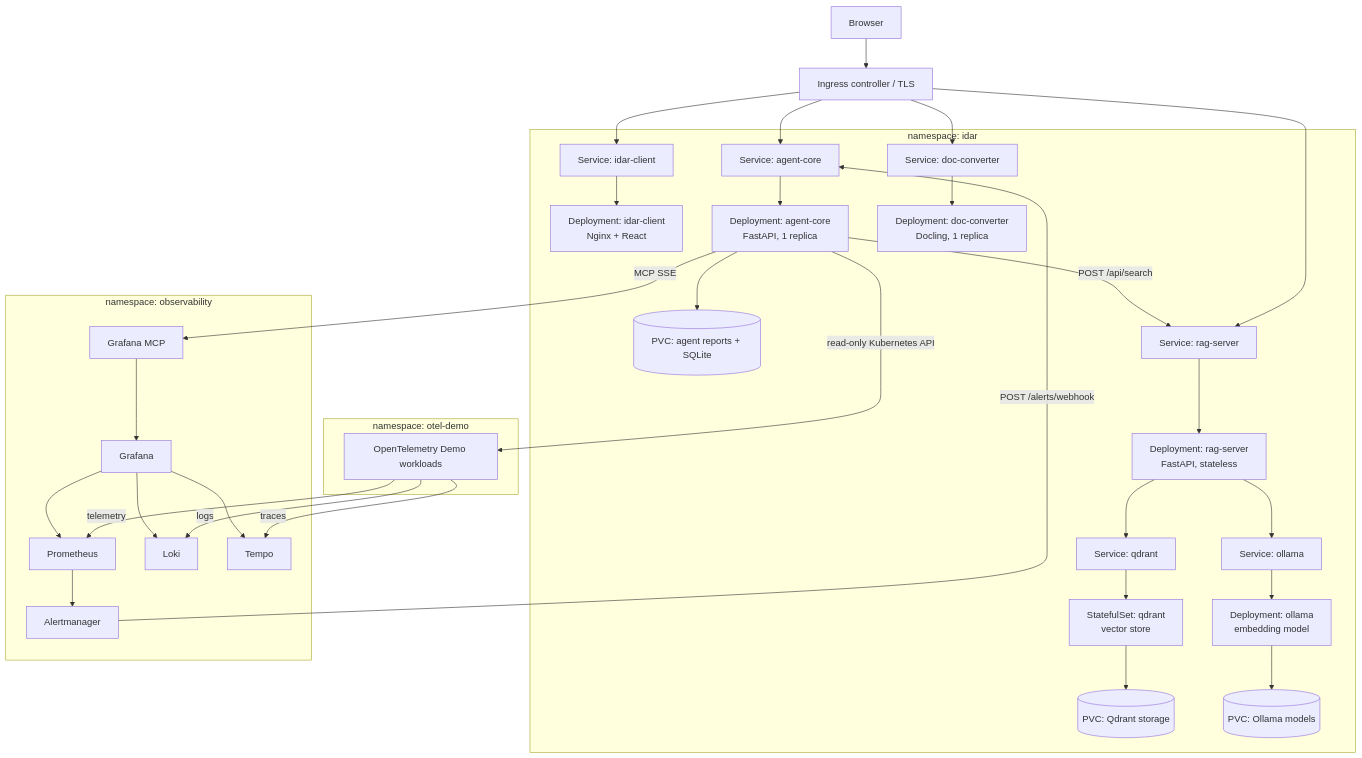
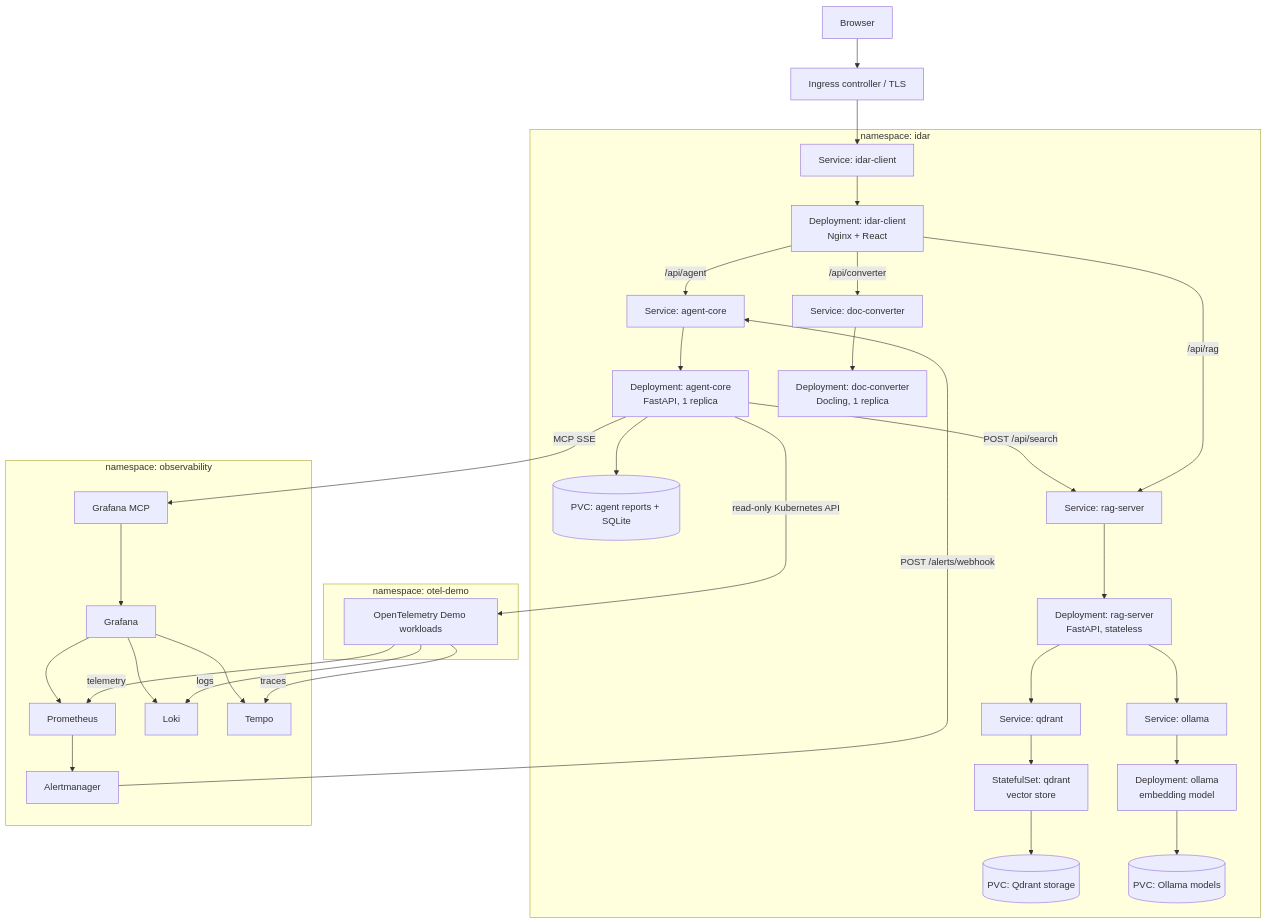
Before and after one commit to SzymonTyburczy/Agent-Based-System-for-Supporting-Incident-Diagnosis-in-Cloud-Native-Infrastructures: the diagram in docs/CLUSTER.md, drawn with Mermaid. The commit also changed other lines of this file and 13 other files, not shown here.

First line of the commit message:
feat(helm): helm test, CI checks and documentation for the chart

````diff
--- a/docs/CLUSTER.md
+++ b/docs/CLUSTER.md
@@ -10,66 +14,66 @@
 ```mermaid
 flowchart TB
     User[Browser]
     Ingress[Ingress controller / TLS]
 
     subgraph Idar[namespace: idar]
         Client[Deployment: idar-client<br/>Nginx + React]
         Agent[Deployment: agent-core<br/>FastAPI, 1 replica]
         Converter[Deployment: doc-converter<br/>Docling, 1 replica]
         ClientSvc[Service: idar-client]
         AgentSvc[Service: agent-core]
         ConverterSvc[Service: doc-converter]
         Reports[(PVC: agent reports + SQLite)]
         RAG[Deployment: rag-server<br/>FastAPI, stateless]
         Qdrant[StatefulSet: qdrant<br/>vector store]
         Ollama[Deployment: ollama<br/>embedding model]
         RAGSvc[Service: rag-server]
         QdrantSvc[Service: qdrant]
         OllamaSvc[Service: ollama]
         Vectors[(PVC: Qdrant storage)]
         Models[(PVC: Ollama models)]
 
         ClientSvc --> Client
         AgentSvc --> Agent
         ConverterSvc --> Converter
         Agent --> Reports
         RAGSvc --> RAG
         QdrantSvc --> Qdrant
         OllamaSvc --> Ollama
         RAG --> QdrantSvc
         RAG --> OllamaSvc
         Qdrant --> Vectors
         Ollama --> Models
         Agent -->|POST /api/search| RAGSvc
     end
 
     subgraph Observability[namespace: observability]
         MCP[Grafana MCP]
         Grafana[Grafana]
         Prometheus[Prometheus]
         Alertmanager[Alertmanager]
         Loki[Loki]
         Tempo[Tempo]
         MCP --> Grafana
         Grafana --> Prometheus
         Grafana --> Loki
         Grafana --> Tempo
         Prometheus --> Alertmanager
     end
 
     subgraph Demo[namespace: otel-demo]
         Workloads[OpenTelemetry Demo workloads]
     end
 
     User --> Ingress
     Ingress --> ClientSvc
-    Ingress --> AgentSvc
-    Ingress --> ConverterSvc
-    Ingress --> RAGSvc
+    Client -->|/api/agent| AgentSvc
+    Client -->|/api/converter| ConverterSvc
+    Client -->|/api/rag| RAGSvc
     Alertmanager -->|POST /alerts/webhook| AgentSvc
     Agent -->|MCP SSE| MCP
     Agent -->|read-only Kubernetes API| Workloads
     Workloads -->|telemetry| Prometheus
     Workloads -->|logs| Loki
     Workloads -->|traces| Tempo
 ```
````
